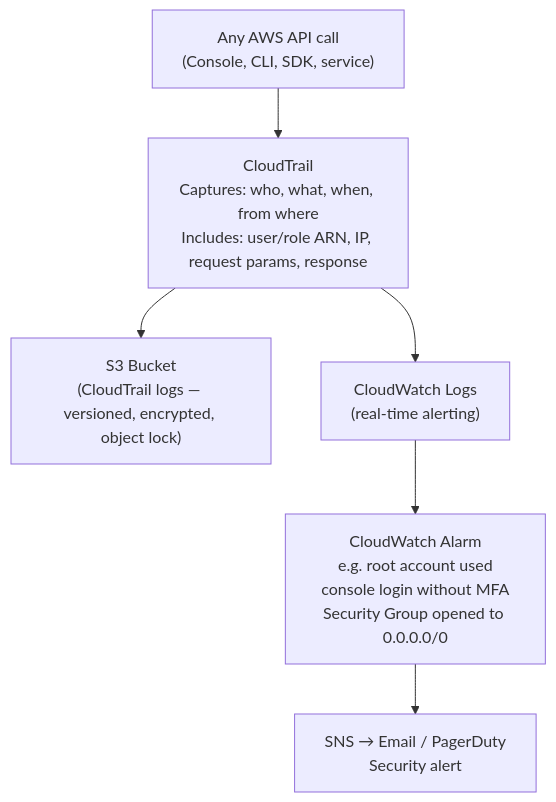
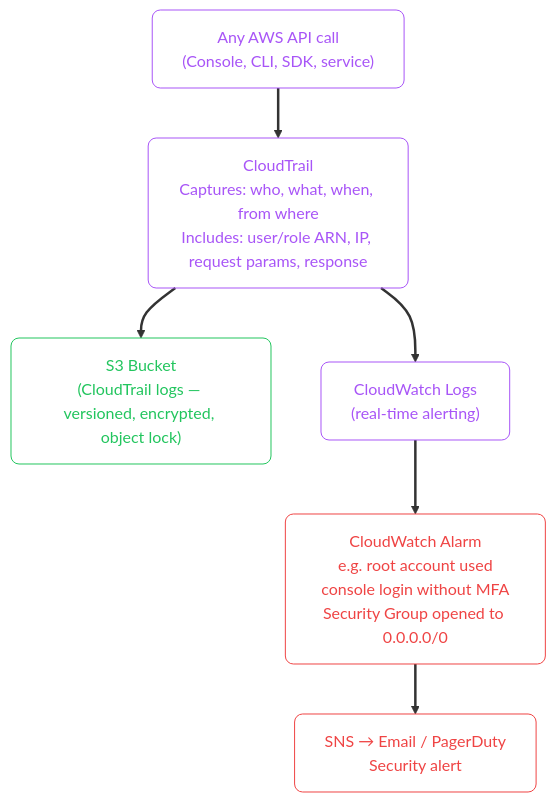
The seventh of 8 diagrams in src/content/cloud/aws/03-securing-your-system.mdx (zafarale/cloudification), drawn with Mermaid before and after one commit. The commit also changed other lines of this file and 84 other files, not shown here.

````diff
--- a/src/content/cloud/aws/03-securing-your-system.mdx
+++ b/src/content/cloud/aws/03-securing-your-system.mdx
@@ -240,13 +281,20 @@
 ```mermaid
 flowchart TD
-    API["Any AWS API call\n(Console, CLI, SDK, service)"]
-    CT["CloudTrail\nCaptures: who, what, when, from where\nIncludes: user/role ARN, IP, request params, response"]
-    S3["S3 Bucket\n(CloudTrail logs — versioned, encrypted, object lock)"]
-    CWL["CloudWatch Logs\n(real-time alerting)"]
-    ALERT["CloudWatch Alarm\ne.g. root account used\nconsole login without MFA\nSecurity Group opened to 0.0.0.0/0"]
-    SNS["SNS → Email / PagerDuty\nSecurity alert"]
+    accTitle: CloudTrail: Implementing Traceability
+    accDescr: Flowchart (td) showing Console, CLI, SDK, service, CloudTrail Captures: who, what, when, from where Includes: user/role ARN, IP, request params, response, CloudTrail logs versioned, encrypted, object lock
+    classDef step fill:none,stroke:#a855f7,color:#a855f7,rx:8,ry:8
+    classDef ok   fill:none,stroke:#22c55e,color:#22c55e,rx:8,ry:8
+    classDef fail fill:none,stroke:#ef4444,color:#ef4444,rx:8,ry:8
+    linkStyle default stroke-width:2.5px
+
+    API["Any AWS API call<br/>(Console, CLI, SDK, service)"]:::step
+    CT["CloudTrail<br/>Captures: who, what, when, from where<br/>Includes: user/role ARN, IP, request params, response"]:::step
+    S3["S3 Bucket<br/>(CloudTrail logs — versioned, encrypted, object lock)"]:::ok
+    CWL["CloudWatch Logs<br/>(real-time alerting)"]:::step
+    ALERT["CloudWatch Alarm<br/>e.g. root account used<br/>console login without MFA<br/>Security Group opened to 0.0.0.0/0"]:::fail
+    SNS["SNS → Email / PagerDuty<br/>Security alert"]:::fail
 
     API --> CT
     CT --> S3
     CT --> CWL --> ALERT --> SNS
 ```
````
